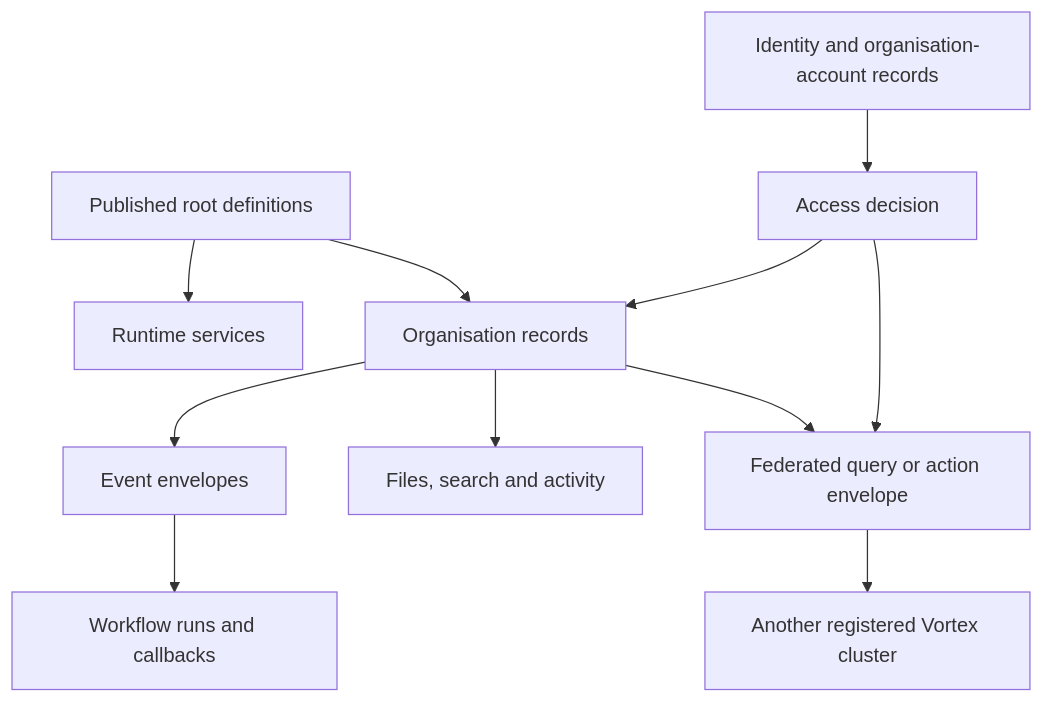
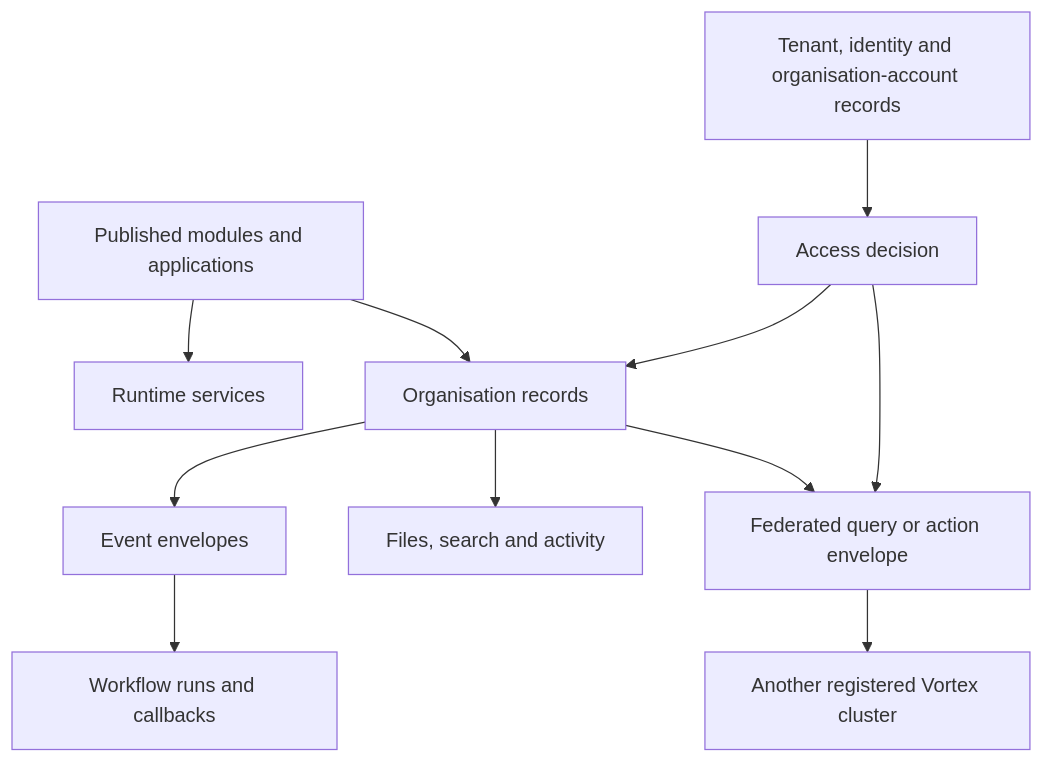
The diagram in docs/specification/appendices/data-contracts.md (Abzum-NZ/Abzum-Vortex), drawn with Mermaid before and after one commit. The commit also changed other lines of this file and 27 other files, not shown here.

````diff
--- a/docs/specification/appendices/data-contracts.md
+++ b/docs/specification/appendices/data-contracts.md
@@ -7,13 +7,13 @@
 ```mermaid
 flowchart TD
-    DEF[Published root definitions] --> RUNTIME[Runtime services]
-    ID[Identity and organisation-account records] --> ACCESS[Access decision]
+    DEF[Published modules and applications] --> RUNTIME[Runtime services]
+    ID[Tenant, identity and organisation-account records] --> ACCESS[Access decision]
     ACCESS --> RECORD[Organisation records]
     DEF --> RECORD
     RECORD --> EVENT[Event envelopes]
     EVENT --> RUN[Workflow runs and callbacks]
     RECORD --> FILE[Files, search and activity]
     RECORD --> FED[Federated query or action envelope]
     ACCESS --> FED
     FED --> REMOTE[Another registered Vortex cluster]
 ```
````
